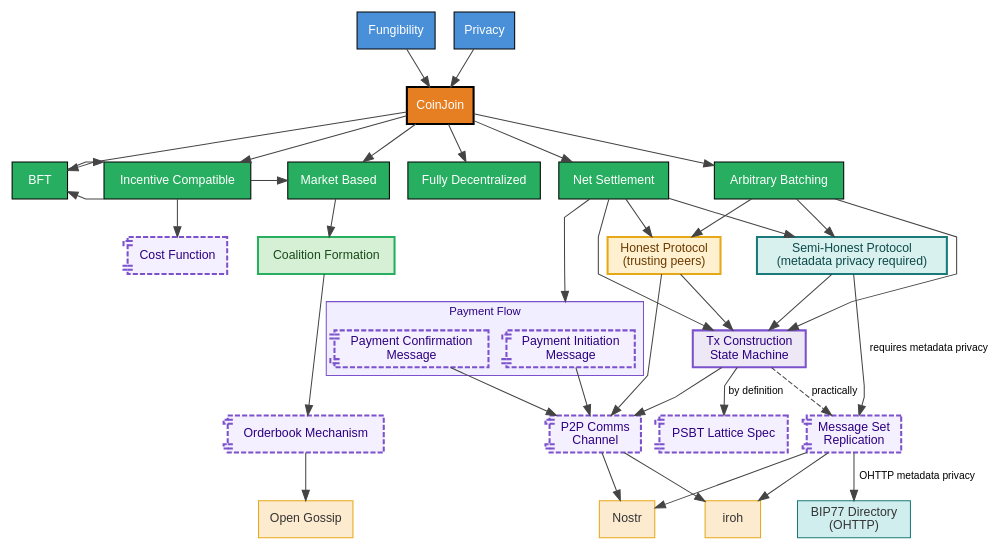
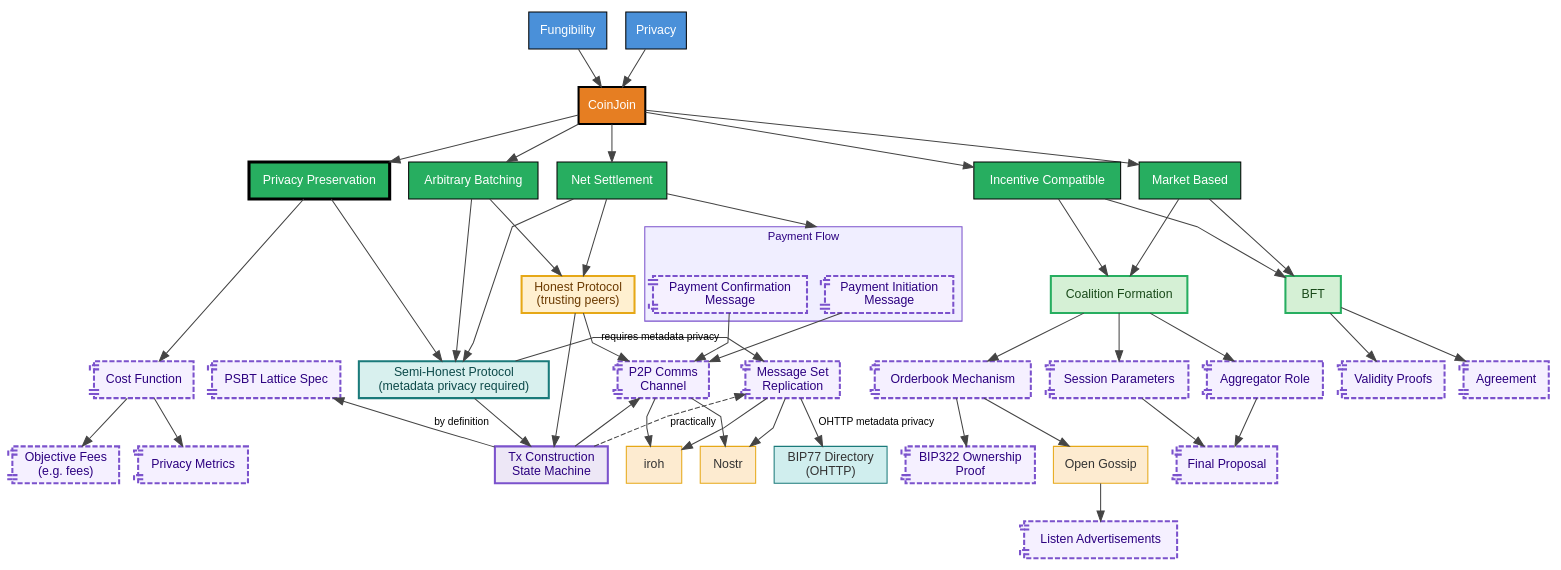
One commit to fungi-protocol/docs changed the diagram in dependency.dot. Above: the diagram before and after it, drawn with Graphviz.

Commit message:
Update dependency diagram

```diff
--- a/dependency.dot
+++ b/dependency.dot
@@ -15,9 +15,7 @@
     CoinJoin [label="CoinJoin", fillcolor="#E67E22", fontcolor=white, penwidth=2];
 
     // CoinJoin properties
-    BFT           [label="BFT",                  fillcolor="#27AE60", fontcolor=white];
-    Decentralized [label="Fully Decentralized",   fillcolor="#27AE60", fontcolor=white];
-    NetSettle     [label="Net Settlement",        fillcolor="#27AE60", fontcolor=white];
+    NetSettle [label="Net Settlement",        fillcolor="#27AE60", fontcolor=white];
     Batching      [label="Arbitrary Batching",    fillcolor="#27AE60", fontcolor=white];
     Market        [label="Market Based",          fillcolor="#27AE60", fontcolor=white];
     Incentive     [label="Incentive Compatible",  fillcolor="#27AE60", fontcolor=white];
@@ -30,6 +28,12 @@
     SemiHonestProtocol [
         label="Semi-Honest Protocol\n(metadata privacy required)",
         fillcolor="#D8F0EE", fontcolor="#0d4a4a", color="#1A7A7A", penwidth=2
+    ];
+
+    // Privacy Preservation — privacy mechanism for CoinJoin
+    PrivacyPreservation [
+        label="Privacy Preservation",
+        fillcolor="#27AE60", fontcolor=white, penwidth=3
     ];
 
     // Shared protocol components
@@ -80,9 +84,61 @@
         fillcolor="#D5F0D5", fontcolor="#1a4a1a", color="#27AE60", penwidth=2
     ];
 
+    // BFT — Byzantine Fault Tolerance
+    BFT [label="BFT",                  fillcolor="#D5F0D5", fontcolor="#1a4a1a", color="#27AE60", penwidth=2];
+
+    // Session Parameters — parameters negotiated in coalition formation
+    SessionParameters [
+        label="Session Parameters",
+        fillcolor="#F5F0FF", fontcolor="#2C0080", color="#7B52CC",
+        penwidth=2, style="filled,dashed", shape=component
+    ];
+
+    // Aggregator Role — role definition in coalition formation
+    AggregatorRole [
+        label="Aggregator Role",
+        fillcolor="#F5F0FF", fontcolor="#2C0080", color="#7B52CC",
+        penwidth=2, style="filled,dashed", shape=component
+    ];
+
     // Orderbook Mechanism — abstract interface beneath Coalition Formation
     OrderbookMechanism [
         label="Orderbook Mechanism",
+        fillcolor="#F5F0FF", fontcolor="#2C0080", color="#7B52CC",
+        penwidth=2, style="filled,dashed", shape=component
+    ];
+
+    // BIP322 Ownership Proof — cryptographic proof mechanism for Orderbook
+    BIP322OwnershipProof [
+        label="BIP322 Ownership\nProof",
+        fillcolor="#F5F0FF", fontcolor="#2C0080", color="#7B52CC",
+        penwidth=2, style="filled,dashed", shape=component
+    ];
+
+    // Final Proposal — outcome of session parameters and aggregator role
+    FinalProposal [
+        label="Final Proposal",
+        fillcolor="#F5F0FF", fontcolor="#2C0080", color="#7B52CC",
+        penwidth=2, style="filled,dashed", shape=component
+    ];
+
+    // Cost Function — cost model for privacy preservation
+    CostFunction [
+        label="Cost Function",
+        fillcolor="#F5F0FF", fontcolor="#2C0080", color="#7B52CC",
+        penwidth=2, style="filled,dashed", shape=component
+    ];
+
+    // Objective Fees — objective function component of cost model
+    ObjectiveFees [
+        label="Objective Fees\n(e.g. fees)",
+        fillcolor="#F5F0FF", fontcolor="#2C0080", color="#7B52CC",
+        penwidth=2, style="filled,dashed", shape=component
+    ];
+
+    // Privacy Metrics — metrics for evaluating privacy preservation
+    PrivacyMetrics [
+        label="Privacy Metrics",
         fillcolor="#F5F0FF", fontcolor="#2C0080", color="#7B52CC",
         penwidth=2, style="filled,dashed", shape=component
     ];
@@ -93,9 +149,23 @@
         fillcolor="#FDEBD0", color="#E6A817", fontcolor="#333333"
     ];
 
-    // Cost Function — abstract dependency of Incentive Compatible
-    CostFunction [
-        label="Cost Function",
+    // Listen Advertisements — listening mechanism for Open Gossip
+    ListenAdvertisements [
+        label="Listen Advertisements",
+        fillcolor="#F5F0FF", fontcolor="#2C0080", color="#7B52CC",
+        penwidth=2, style="filled,dashed", shape=component
+    ];
+
+    // Agreement — BFT agreement mechanism
+    Agreement [
+        label="Agreement",
+        fillcolor="#F5F0FF", fontcolor="#2C0080", color="#7B52CC",
+        penwidth=2, style="filled,dashed", shape=component
+    ];
+
+    // Validity Proofs — cryptographic proofs for BFT
+    ValidityProofs [
+        label="Validity Proofs",
         fillcolor="#F5F0FF", fontcolor="#2C0080", color="#7B52CC",
         penwidth=2, style="filled,dashed", shape=component
     ];
@@ -107,11 +177,11 @@
 
     // ── Layer constraints (second axis) ─────────────────────────────
     { rank=same; Fungibility; Privacy; }
-    { rank=same; BFT; Decentralized; NetSettle; Batching; Market; Incentive; }
-    { rank=same; HonestProtocol; SemiHonestProtocol; }
-    { rank=same; CoalitionFormation; CostFunction; }
-    { rank=same; OrderbookMechanism; PSBTLattice; P2PChannel; MsgSetReplication; }
-    { rank=same; OpenGossip; Nostr; Iroh; BIP77Dir; }
+    { rank=same; NetSettle; Batching; Market; Incentive; PrivacyPreservation; }
+    { rank=same; HonestProtocol; }
+    { rank=same; CoalitionFormation; BFT; }
+    { rank=same; SessionParameters; AggregatorRole; OrderbookMechanism; PSBTLattice; P2PChannel; MsgSetReplication; Agreement; ValidityProofs; SemiHonestProtocol; CostFunction; }
+    { rank=same; FinalProposal; BIP322OwnershipProof; OpenGossip; Nostr; Iroh; BIP77Dir; ObjectiveFees; PrivacyMetrics; }
 
     // ── Honest/semi-honest axis ordering (invisible edges) ───────────
     // Forces honest nodes left of semi-honest nodes within each layer
@@ -123,31 +193,45 @@
     Fungibility -> CoinJoin;
     Privacy     -> CoinJoin;
 
-    CoinJoin -> BFT;
-    CoinJoin -> Decentralized;
     CoinJoin -> NetSettle;
     CoinJoin -> Batching;
     CoinJoin -> Market;
     CoinJoin -> Incentive;
+    CoinJoin -> PrivacyPreservation;
 
-    // Market Based → Coalition Formation (concrete instantiation)
-    Market             -> CoalitionFormation;
+    // Privacy Preservation dependencies
+    PrivacyPreservation -> SemiHonestProtocol;
+    PrivacyPreservation -> CostFunction;
+
+    // Cost Function dependencies
+    CostFunction -> ObjectiveFees;
+    CostFunction -> PrivacyMetrics;
+
+    // Market Based and Incentive Compatible → BFT and Coalition Formation
+    Market    -> BFT;
+    Market    -> CoalitionFormation;
+    Incentive -> BFT;
+    Incentive -> CoalitionFormation;
+
+    // BFT dependencies
+    BFT -> Agreement;
+    BFT -> ValidityProofs;
+
+    // Coalition Formation dependencies
+    CoalitionFormation -> SessionParameters;
+    CoalitionFormation -> AggregatorRole;
     CoalitionFormation -> OrderbookMechanism;
+    SessionParameters  -> FinalProposal;
+    AggregatorRole     -> FinalProposal;
+    OrderbookMechanism -> BIP322OwnershipProof;
     OrderbookMechanism -> OpenGossip;
-
-    // Incentive Compatible co-depends with BFT, depends on Market and Cost Function
-    Incentive -> Market;
-    Incentive -> BFT;
-    Incentive -> CostFunction;
-    BFT       -> Incentive;
+    OpenGossip         -> ListenAdvertisements;
 
     Batching  -> HonestProtocol;
     Batching  -> SemiHonestProtocol;
-    Batching  -> TxStateMachine;
 
     NetSettle -> HonestProtocol;
     NetSettle -> SemiHonestProtocol;
-    NetSettle -> TxStateMachine;
 
     HonestProtocol     -> TxStateMachine;
     HonestProtocol     -> P2PChannel;
```
